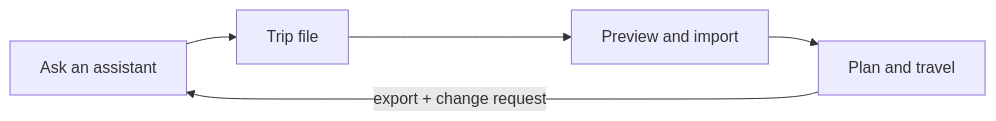
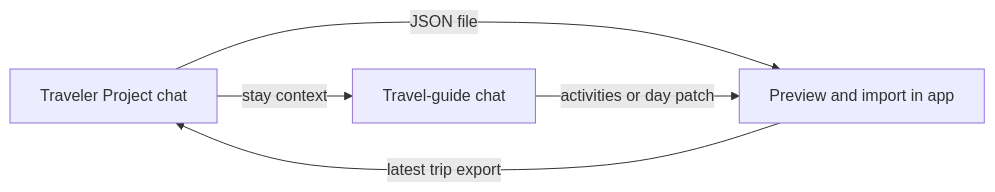
The second of 2 diagrams in README.md (Tshort76/traveler), drawn with Mermaid before and after one commit. The commit also changed other lines of this file, not shown here.

Commit message:
Separate app overview from Traveler ChatGPT workflows

````diff
--- a/README.md
+++ b/README.md
@@ -42,7 +55,7 @@
 ```mermaid
 flowchart LR
-    Ask[Ask an assistant] --> File[Trip file]
-    File --> Preview[Preview and import]
-    Preview --> Use[Plan and travel]
-    Use -->|export + change request| Ask
+    Chat[Traveler Project chat] -->|JSON file| App[Preview and import in app]
+    App -->|latest trip export| Chat
+    Chat -->|stay context| Guide[Travel-guide chat]
+    Guide -->|activities or day patch| App
 ```
````
